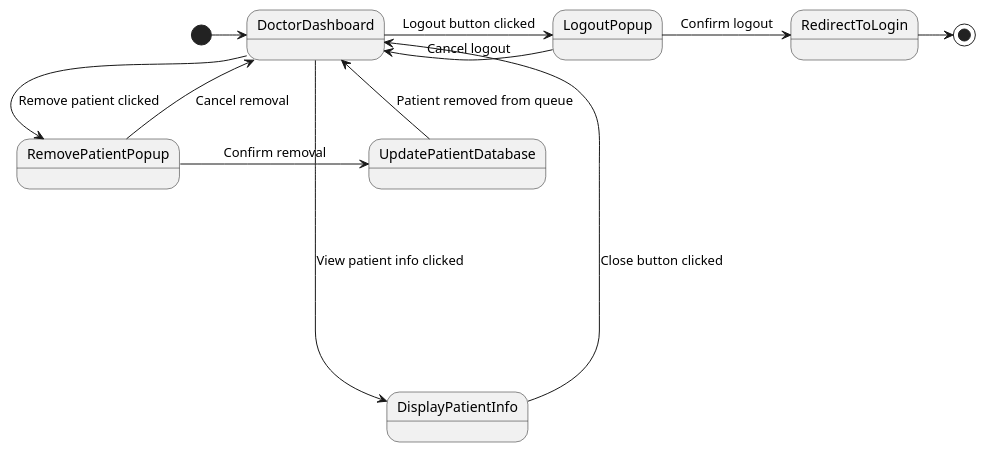
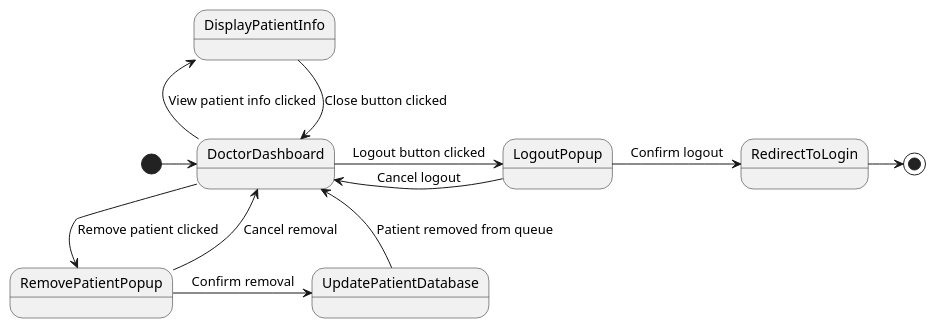
Before and after one commit to SENG-350-2024-fall/Group2: the diagram in milestone_2/state_diagrams/DoctorPageStates.puml, drawn with PlantUML.

Commit message:
Fixed some arrow directions

```diff
--- a/milestone_2/state_diagrams/DoctorPageStates.puml
+++ b/milestone_2/state_diagrams/DoctorPageStates.puml
@@ -1,19 +1,19 @@
 @startuml
 
 [*] -> DoctorDashboard
 
 DoctorDashboard --> RemovePatientPopup: Remove patient clicked
 RemovePatientPopup -> UpdatePatientDatabase: Confirm removal
 UpdatePatientDatabase -> DoctorDashboard: Patient removed from queue
 RemovePatientPopup -> DoctorDashboard : Cancel removal
 
 DoctorDashboard -> LogoutPopup: Logout button clicked
 LogoutPopup -> RedirectToLogin : Confirm logout
 LogoutPopup -> DoctorDashboard : Cancel logout
 
-DoctorDashboard -----> DisplayPatientInfo : View patient info clicked
+DoctorDashboard -up-> DisplayPatientInfo : View patient info clicked
 DisplayPatientInfo --> DoctorDashboard : Close button clicked
 
 RedirectToLogin  -> [*]
 
 @enduml
```
